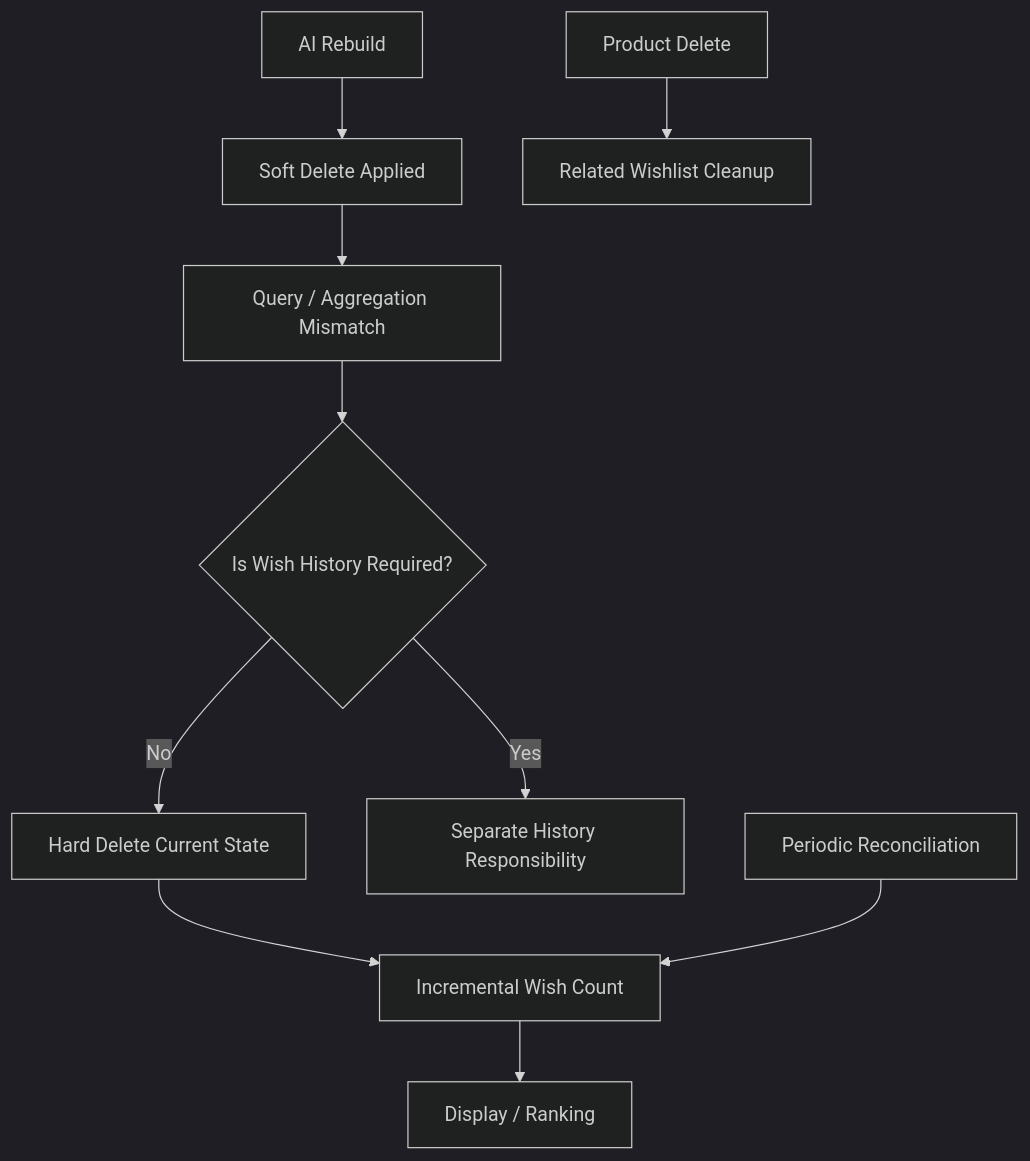
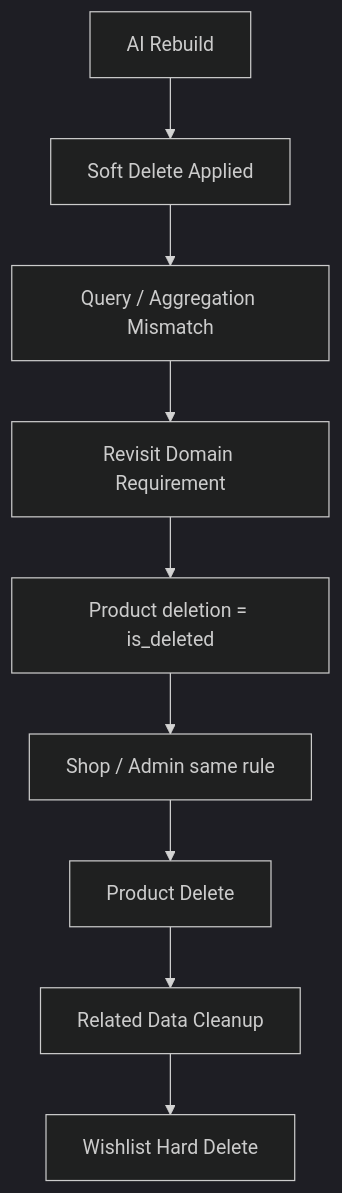
Before and after one commit to dev-wonny/engineering-notes: the first of 6 diagrams in resume/zigzag/index.md, drawn with Mermaid (dark theme). The commit also changed other lines of this file, not shown here.

````diff
--- a/resume/zigzag/index.md
+++ b/resume/zigzag/index.md
@@ -111,12 +120,11 @@
 ```mermaid
 flowchart TD
     A[AI Rebuild] --> B[Soft Delete Applied]
     B --> C[Query / Aggregation Mismatch]
-    C --> D{Is Wish History Required?}
-    D -->|No| E[Hard Delete Current State]
-    D -->|Yes| F[Separate History Responsibility]
-    E --> G[Incremental Wish Count]
-    G --> H[Display / Ranking]
-    I[Periodic Reconciliation] --> G
-    J[Product Delete] --> K[Related Wishlist Cleanup]
+    C --> D[Revisit Domain Requirement]
+    D --> E[Product deletion = is_deleted]
+    E --> F[Shop / Admin same rule]
+    F --> G[Product Delete]
+    G --> H[Related Data Cleanup]
+    H --> I[Wishlist Hard Delete]
 ```
````
